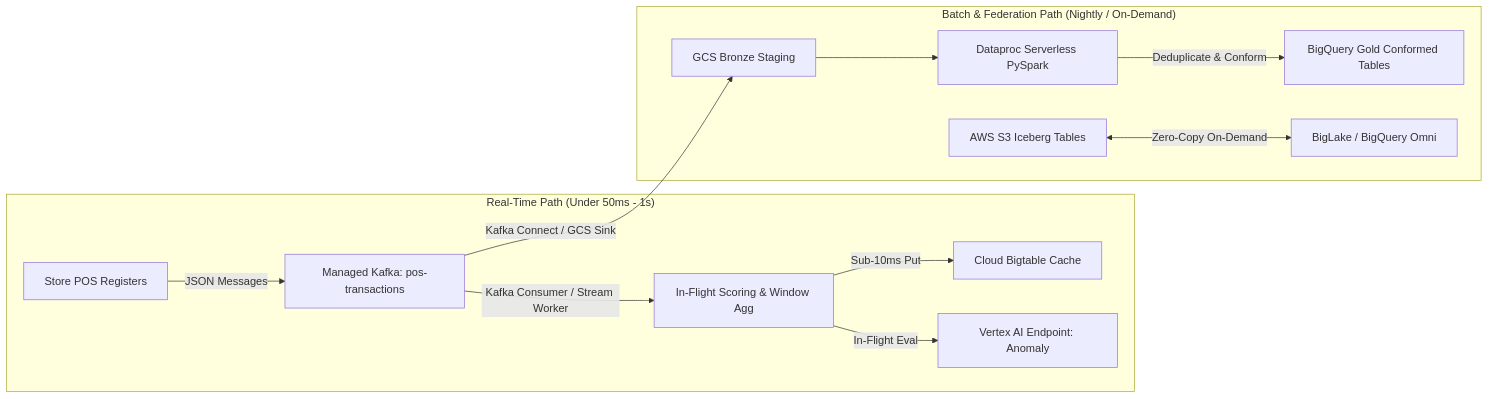
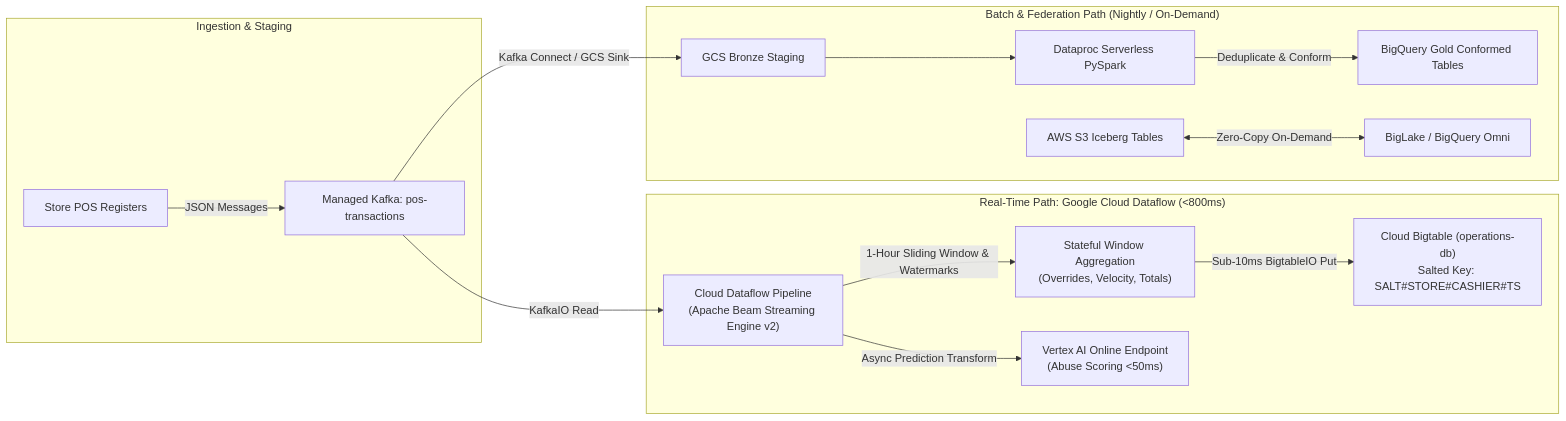
One commit to epapayu/da-advanced-elevate changed the tenth of 16 diagrams in README.md. Above: the diagram before and after it, drawn with Mermaid. The commit also changed other lines of this file and 1 other file, not shown here.

Commit message:
feat(streaming): incorporate Cloud Dataflow for stateful 1-hour window aggregations, watermarking, and Bigtable caching

````diff
--- a/README.md
+++ b/README.md
@@ -823,16 +835,20 @@
 ```mermaid
 flowchart LR
-    subgraph StreamFlow ["Real-Time Path (Under 50ms - 1s)"]
+    subgraph Ingestion ["Ingestion & Staging"]
         POS["Store POS Registers"] -->|"JSON Messages"| MK["Managed Kafka: pos-transactions"]
-        MK -->|"Kafka Consumer / Stream Worker"| SC["In-Flight Scoring & Window Agg"]
-        SC -->|"Sub-10ms Put"| BT["Cloud Bigtable Cache"]
-        SC -->|"In-Flight Eval"| VTX["Vertex AI Endpoint: Anomaly"]
+    end
+
+    subgraph RealTimeDataflow ["Real-Time Path: Google Cloud Dataflow (<800ms)"]
+        MK -->|"KafkaIO Read"| DF["Cloud Dataflow Pipeline<br/>(Apache Beam Streaming Engine v2)"]
+        DF -->|"1-Hour Sliding Window & Watermarks"| Agg["Stateful Window Aggregation<br/>(Overrides, Velocity, Totals)"]
+        DF -->|"Async Prediction Transform"| VTX["Vertex AI Online Endpoint<br/>(Abuse Scoring <50ms)"]
+        Agg -->|"Sub-10ms BigtableIO Put"| BT["Cloud Bigtable (operations-db)<br/>Salted Key: SALT#STORE#CASHIER#TS"]
     end
 
     subgraph BatchFlow ["Batch & Federation Path (Nightly / On-Demand)"]
         MK -->|"Kafka Connect / GCS Sink"| GCS_Landing["GCS Bronze Staging"]
         GCS_Landing --> DP["Dataproc Serverless PySpark"]
         DP -->|"Deduplicate & Conform"| BQ_Gold["BigQuery Gold Conformed Tables"]
         S3["AWS S3 Iceberg Tables"] <-->|"Zero-Copy On-Demand"| BL["BigLake / BigQuery Omni"]
     end
 ```
````
